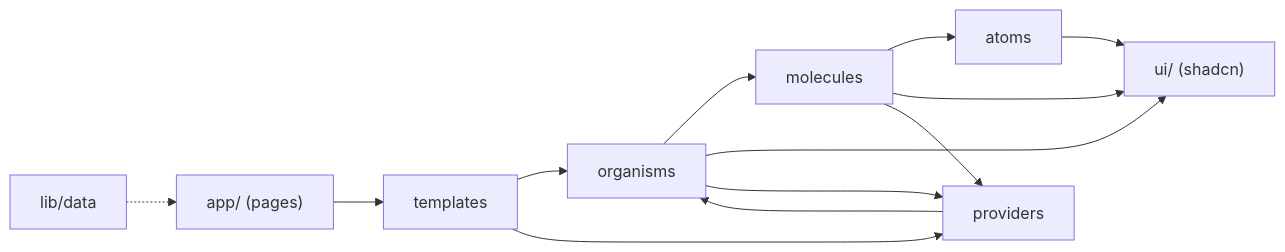
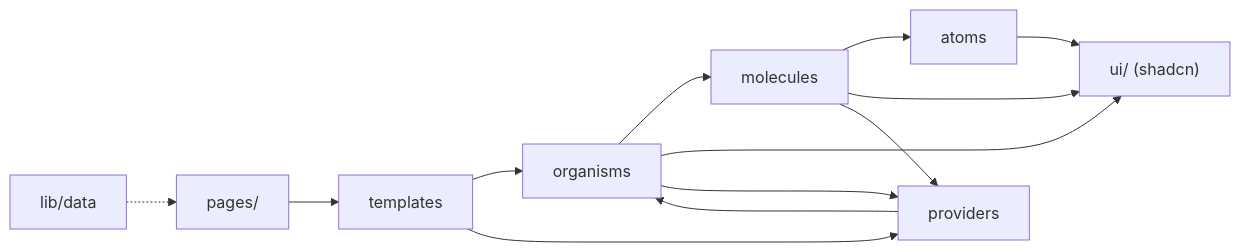
Before and after one commit to marizdelasalas/ourigin-frontend: the diagram in docs/architecture/components.md, drawn with Mermaid. The commit also changed other lines of this file and 110 other files, not shown here.

````diff
--- a/docs/architecture/components.md
+++ b/docs/architecture/components.md
@@ -21,11 +21,11 @@
 ```mermaid
 flowchart LR
-  pages["app/ (pages)"] --> templates --> organisms --> molecules --> atoms --> ui["ui/ (shadcn)"]
+  pages["pages/"] --> templates --> organisms --> molecules --> atoms --> ui["ui/ (shadcn)"]
   organisms --> ui
   molecules --> ui
   templates --> providers
   organisms --> providers
   molecules --> providers
   providers --> organisms
   data["lib/data"] -.-> pages
 ```
````
